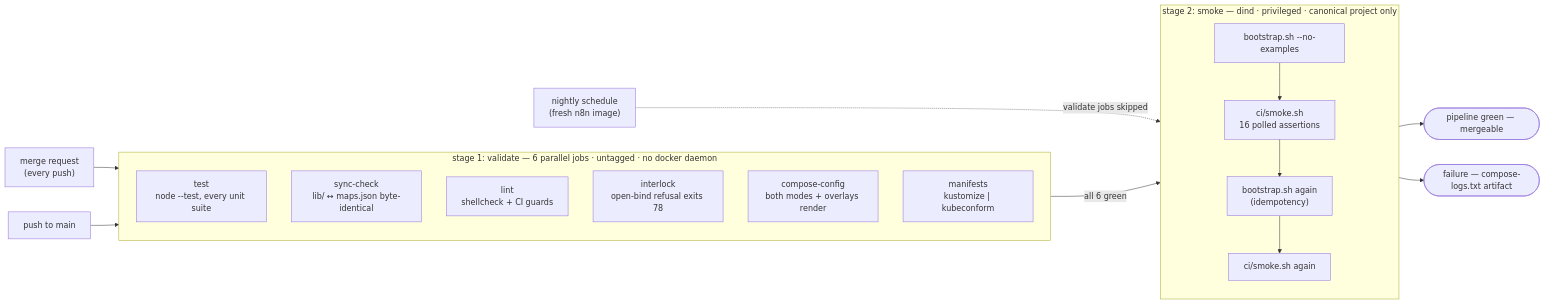
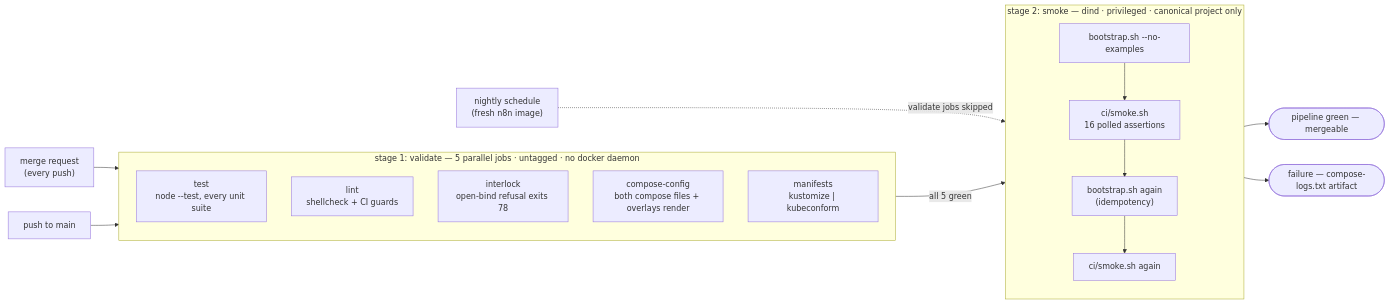
One commit to LabRise-Consulting/po11y changed the diagram in docs/ci.md. Above: the diagram before and after it, drawn with Mermaid. The commit also changed other lines of this file and 143 other files, not shown here.

````diff
--- a/docs/ci.md
+++ b/docs/ci.md
@@ -5,27 +5,26 @@
 ```mermaid
 flowchart LR
   MR["merge request<br/>(every push)"] --> V
   MAIN["push to main"] --> V
   SCHED["nightly schedule<br/>(fresh n8n image)"] -. "validate jobs skipped" .-> S
 
-  subgraph V["stage 1: validate — 6 parallel jobs · untagged · no docker daemon"]
+  subgraph V["stage 1: validate — 5 parallel jobs · untagged · no docker daemon"]
     direction TB
     test["test<br/>node --test, every unit suite"]
-    sync["sync-check<br/>lib/ ↔ maps.json byte-identical"]
     lint["lint<br/>shellcheck + CI guards"]
     inter["interlock<br/>open-bind refusal exits 78"]
-    cc["compose-config<br/>both modes + overlays render"]
+    cc["compose-config<br/>both compose files + overlays render"]
     man["manifests<br/>kustomize | kubeconform"]
   end
 
-  V -- "all 6 green" --> S
+  V -- "all 5 green" --> S
 
   subgraph S["stage 2: smoke — dind · privileged · canonical project only"]
     direction TB
     b1["bootstrap.sh --no-examples"] --> s1["ci/smoke.sh<br/>16 polled assertions"]
     s1 --> b2["bootstrap.sh again<br/>(idempotency)"] --> s2["ci/smoke.sh again"]
   end
 
   S --> OK(["pipeline green — mergeable"])
   S --> FAIL(["failure — compose-logs.txt artifact"])
 ```
````
